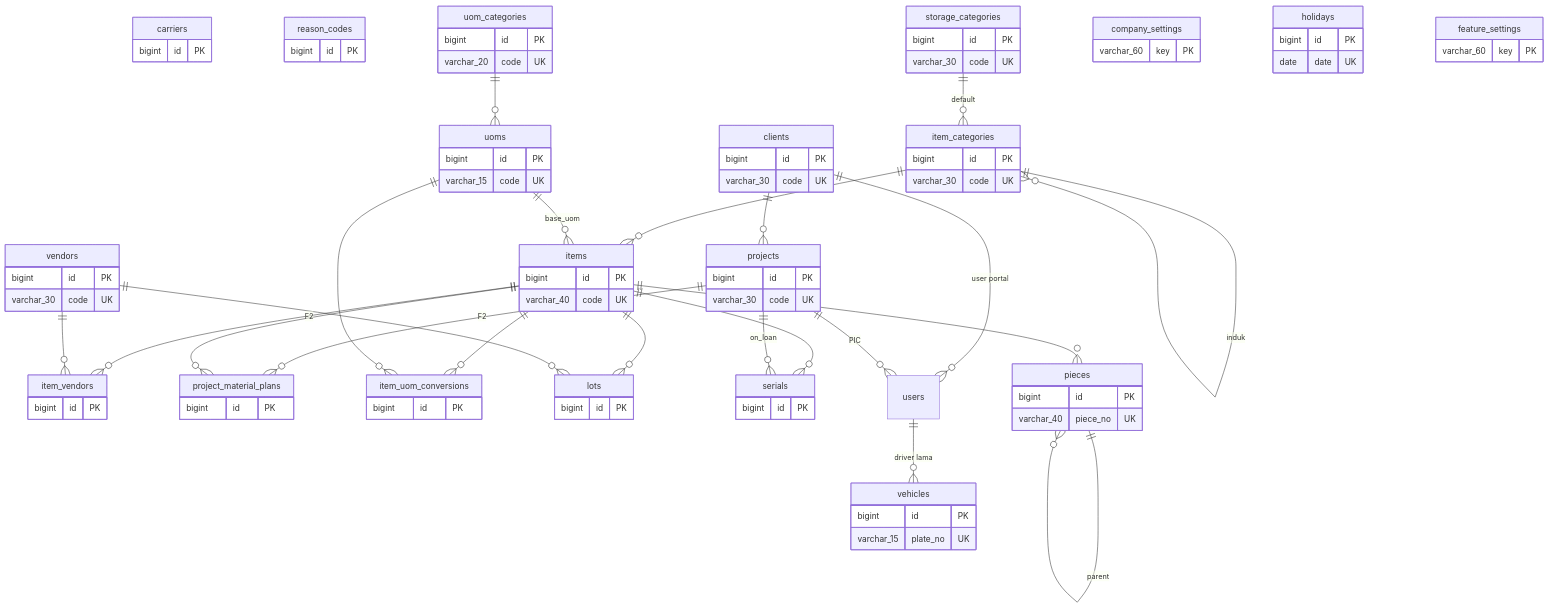
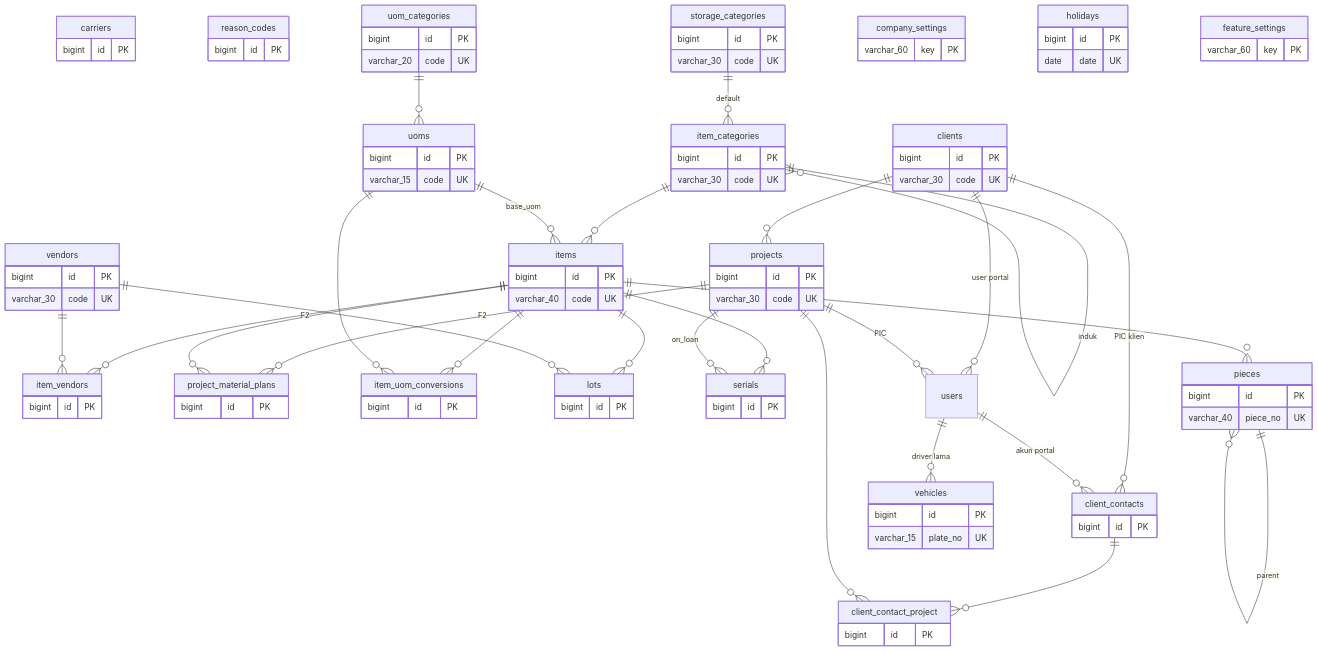
One commit to HengkyDarmawan/wms changed the third of 3 diagrams in docs/wms/08a-model-data-inti.md. Above: the diagram before and after it, drawn with Mermaid. The commit also changed other lines of this file and 88 other files, not shown here.

````diff
--- a/docs/wms/08a-model-data-inti.md
+++ b/docs/wms/08a-model-data-inti.md
@@ -238,6 +246,12 @@
   clients {
     bigint id PK
     varchar_30 code UK
+  }
+  client_contacts {
+    bigint id PK
+  }
+  client_contact_project {
+    bigint id PK
   }
   projects {
     bigint id PK
@@ -327,4 +341,8 @@
   vendors ||--o{ item_vendors : " "
   projects ||--o{ project_material_plans : "F2"
   items ||--o{ project_material_plans : "F2"
+  clients ||--o{ client_contacts : "PIC klien"
+  client_contacts ||--o{ client_contact_project : " "
+  projects ||--o{ client_contact_project : " "
+  users ||--o{ client_contacts : "akun portal"
 ```
````
